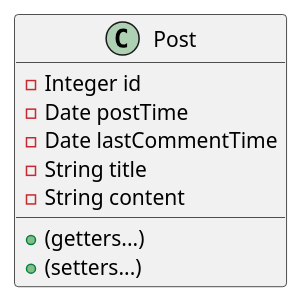
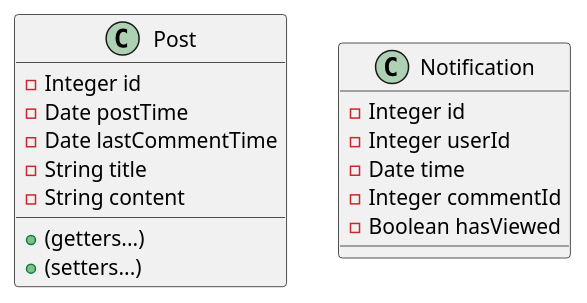
One commit to amnore/seec-ii-2021-stage-3 changed the diagram in doc/plantuml/persistent-objects.plantuml. Above: the diagram before and after it, drawn with PlantUML. The commit also changed 4 other files, not shown here.

Commit message:
add graphs

```diff
--- a/doc/plantuml/persistent-objects.plantuml
+++ b/doc/plantuml/persistent-objects.plantuml
@@ -1,14 +1,22 @@
 @startuml
 
 class Post {
         - Integer id
         - Date postTime
         - Date lastCommentTime
         - String title
         - String content
 
         + (getters...)
         + (setters...)
 }
 
+class Notification {
+        - Integer id
+        - Integer userId
+        - Date time
+        - Integer commentId
+        - Boolean hasViewed
+}
+
 @enduml
```
